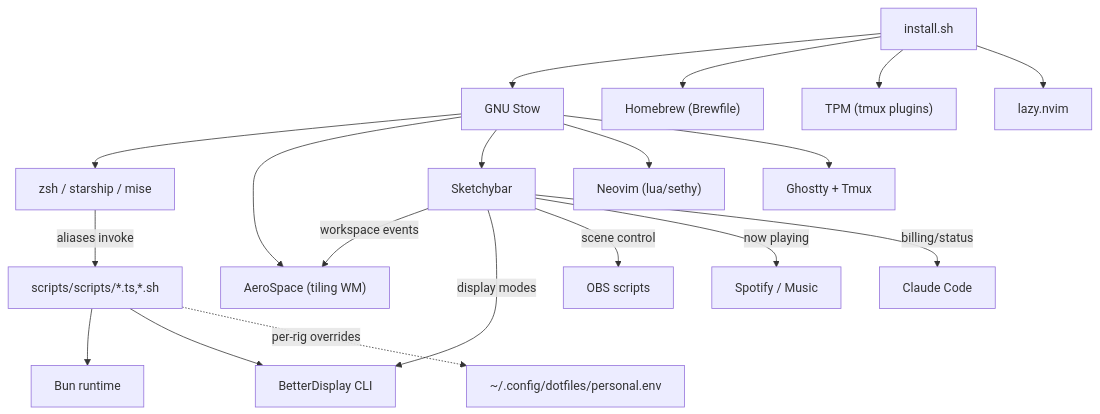
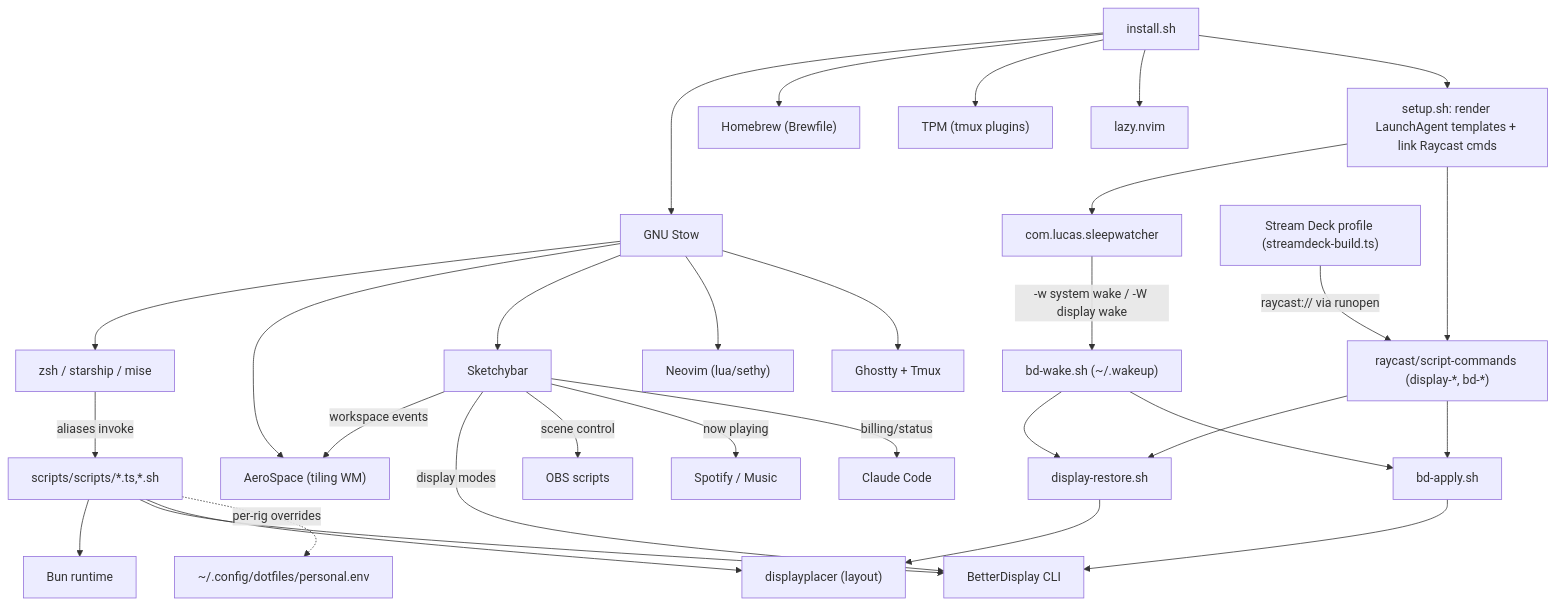
One commit to durante-tech/dotfiles changed the diagram in docs/Sentinel/MODULE-MAP.md. Above: the diagram before and after it, drawn with Mermaid. The commit also changed other lines of this file and 7 other files, not shown here.

First line of the commit message:
chore(sentinel): refresh architecture snapshot (2026-06-22 scan)

````diff
--- a/docs/Sentinel/MODULE-MAP.md
+++ b/docs/Sentinel/MODULE-MAP.md
@@ -6,21 +6,33 @@
 ```mermaid
 graph TD
   install["install.sh"] --> stow["GNU Stow"]
   install --> brew["Homebrew (Brewfile)"]
   install --> tpm["TPM (tmux plugins)"]
   install --> lazy["lazy.nvim"]
   stow --> shell["zsh / starship / mise"]
   stow --> wm["AeroSpace (tiling WM)"]
   stow --> bar["Sketchybar"]
   stow --> editor["Neovim (lua/sethy)"]
   stow --> term["Ghostty + Tmux"]
   shell -->|aliases invoke| scripts["scripts/scripts/*.ts,*.sh"]
   scripts --> bun["Bun runtime"]
   scripts --> bd["BetterDisplay CLI"]
+  scripts --> dp["displayplacer (layout)"]
+  install --> setup["setup.sh: render LaunchAgent templates + link Raycast cmds"]
+  setup --> sw["com.lucas.sleepwatcher"]
+  sw -->|"-w system wake / -W display wake"| wake["bd-wake.sh (~/.wakeup)"]
+  wake --> restore["display-restore.sh"]
+  wake --> apply["bd-apply.sh"]
+  restore --> dp
+  apply --> bd
+  setup --> ray["raycast/script-commands (display-*, bd-*)"]
+  sd["Stream Deck profile (streamdeck-build.ts)"] -->|"raycast:// via runopen"| ray
+  ray --> restore
+  ray --> apply
   bar -->|workspace events| wm
   bar -->|display modes| bd
   bar -->|scene control| obs["OBS scripts"]
   bar -->|now playing| media["Spotify / Music"]
   bar -->|billing/status| cc["Claude Code"]
   scripts -.->|per-rig overrides| env["~/.config/dotfiles/personal.env"]
 ```
````
